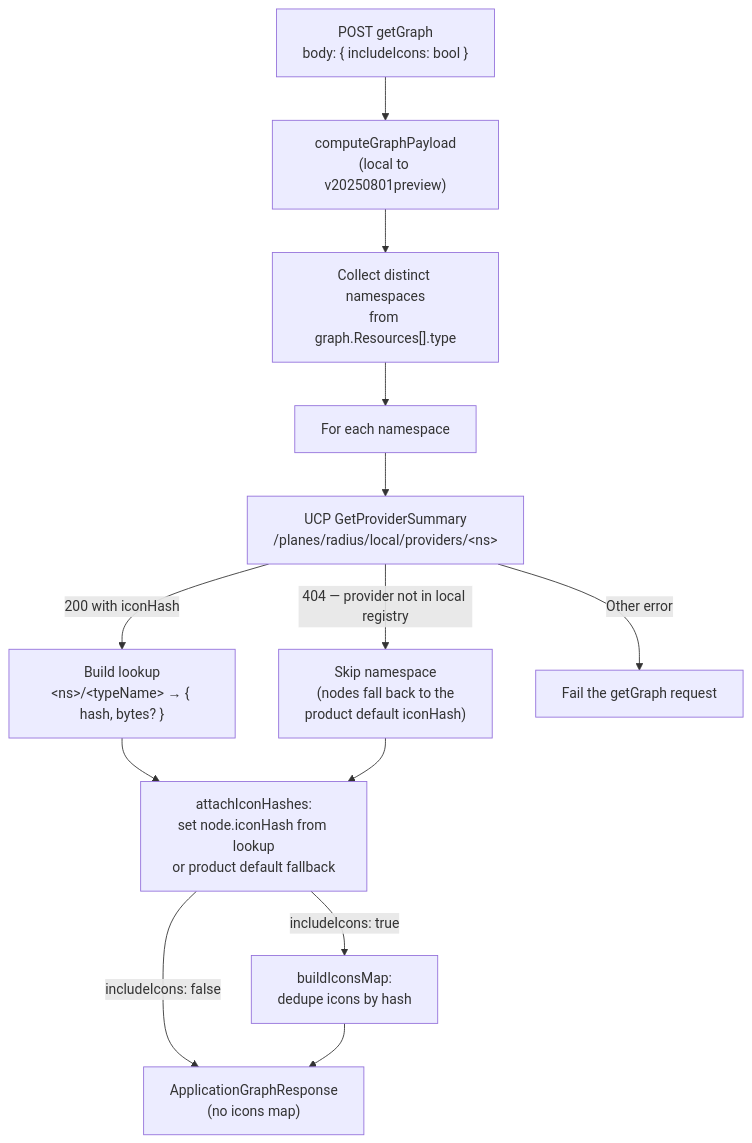
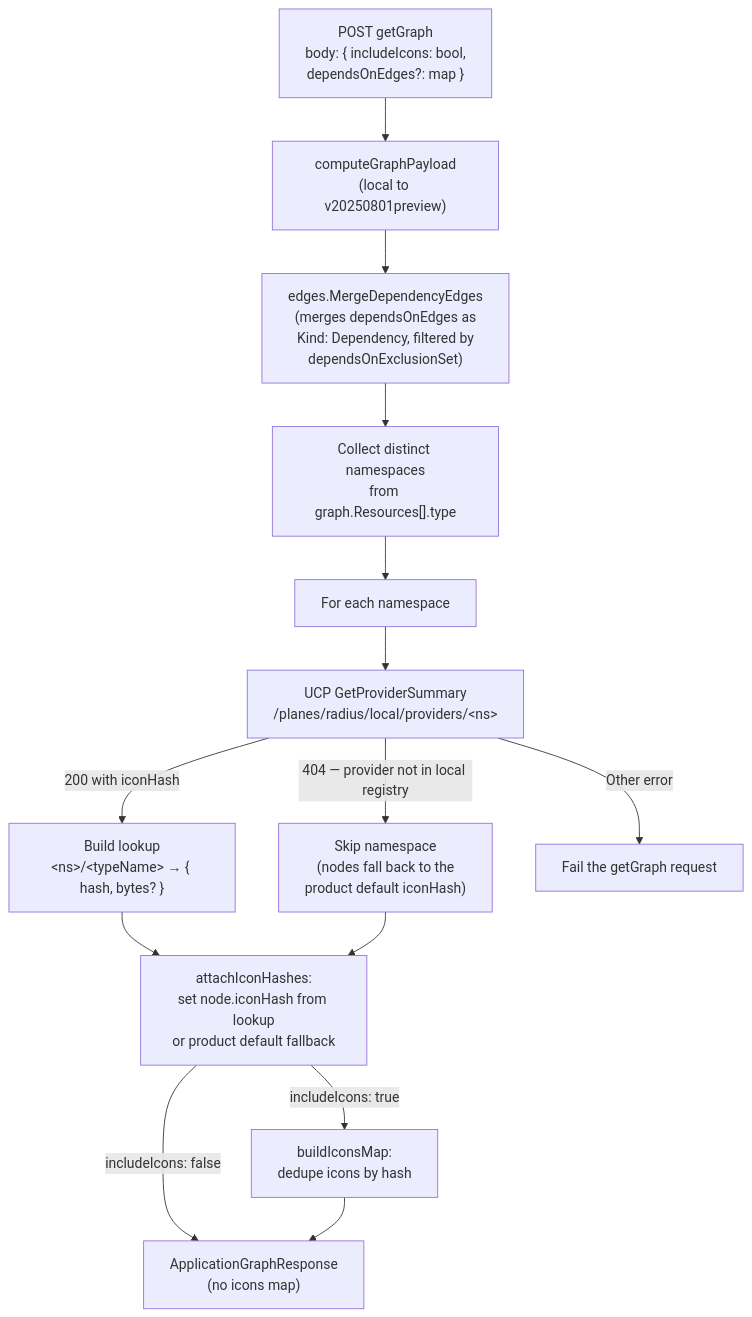
One commit to radius-project/radius changed the fifth of 6 diagrams in docs/architecture/application-graph.md. Above: the diagram before and after it, drawn with Mermaid. The commit also changed other lines of this file, not shown here.

First line of the commit message:
Document Phase 2 dependsOnEdges merge in application-graph.md

````diff
--- a/docs/architecture/application-graph.md
+++ b/docs/architecture/application-graph.md
@@ -395,15 +405,16 @@
 ```mermaid
 graph TD
-    Request["POST getGraph<br/>body: { includeIcons: bool }"] --> Compute["computeGraphPayload<br/>(local to v20250801preview)"]
-    Compute --> Namespaces["Collect distinct namespaces<br/>from graph.Resources[].type"]
+    Request["POST getGraph<br/>body: { includeIcons: bool,<br/>dependsOnEdges?: map }"] --> Compute["computeGraphPayload<br/>(local to v20250801preview)"]
+    Compute --> Merge["edges.MergeDependencyEdges<br/>(merges dependsOnEdges as<br/>Kind: Dependency, filtered by<br/>dependsOnExclusionSet)"]
+    Merge --> Namespaces["Collect distinct namespaces<br/>from graph.Resources[].type"]
     Namespaces --> ForEachNS["For each namespace"]
     ForEachNS --> GPS["UCP GetProviderSummary<br/>/planes/radius/local/providers/&lt;ns&gt;"]
     GPS -->|"200 with iconHash"| BuildLookup["Build lookup<br/>&lt;ns&gt;/&lt;typeName&gt; → { hash, bytes? }"]
     GPS -->|"404 — provider not in local registry"| Skip["Skip namespace<br/>(nodes fall back to the<br/>product default iconHash)"]
     GPS -->|"Other error"| Fail["Fail the getGraph request"]
     BuildLookup --> Attach["attachIconHashes:<br/>set node.iconHash from lookup<br/>or product default fallback"]
     Skip --> Attach
     Attach -->|"includeIcons: true"| BuildMap["buildIconsMap:<br/>dedupe icons by hash"]
     Attach -->|"includeIcons: false"| Response["ApplicationGraphResponse<br/>(no icons map)"]
     BuildMap --> Response
 ```
````
